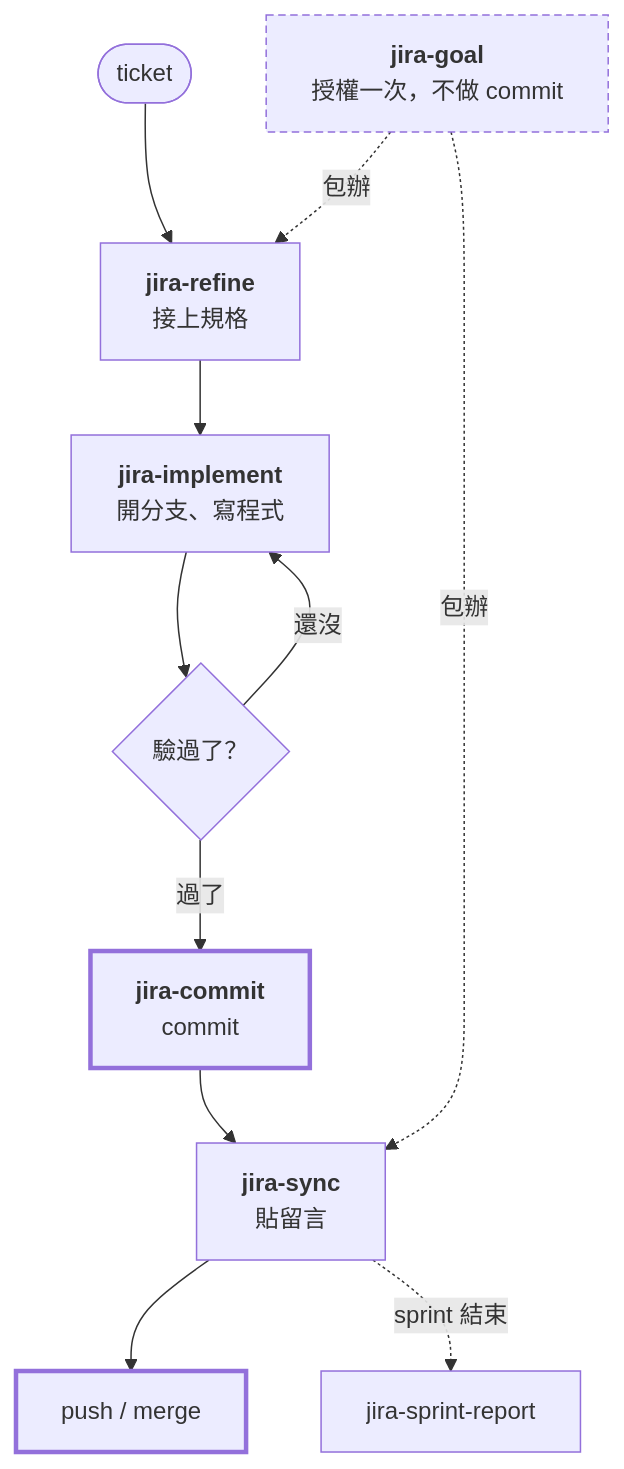
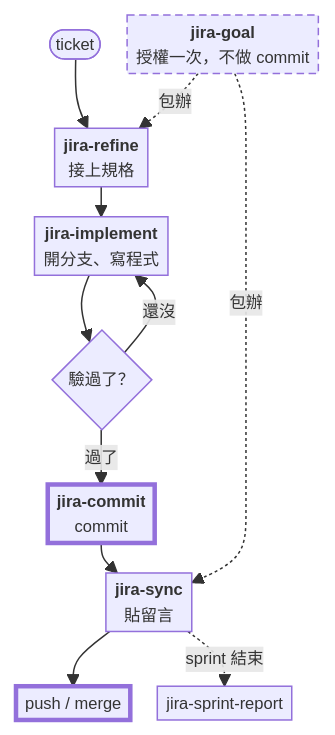
Before and after one commit to shinn716/jira-skills: the first of 2 diagrams in README.zh-TW.md, drawn with Mermaid. The commit also changed other lines of this file and 5 other files, not shown here.

````diff
--- a/README.zh-TW.md
+++ b/README.zh-TW.md
@@ -24,15 +28,16 @@
 ```mermaid
+%%{init:{"flowchart":{"nodeSpacing":18,"rankSpacing":20,"padding":3},"themeVariables":{"fontSize":"11px"}}}%%
 flowchart TD
     ticket([ticket]) --> refine
     refine["<b>jira-refine</b><br/>接上規格"] --> implement["<b>jira-implement</b><br/>開分支、寫程式"] --> check{"驗過了？"}
     check -- 還沒 --> implement
     check -- 過了 --> commit["<b>jira-commit</b><br/>commit"] --> sync["<b>jira-sync</b><br/>貼留言"] --> push["push / merge"]
     sync -. sprint 結束 .-> report["jira-sprint-report"]
     goal["<b>jira-goal</b><br/>授權一次，不做 commit"] -. 包辦 .-> refine
     goal -. 包辦 .-> sync
 
     classDef human stroke-width:3px
     classDef auto stroke-dasharray:5 3
     class commit,push human
     class goal auto
 ```
````
